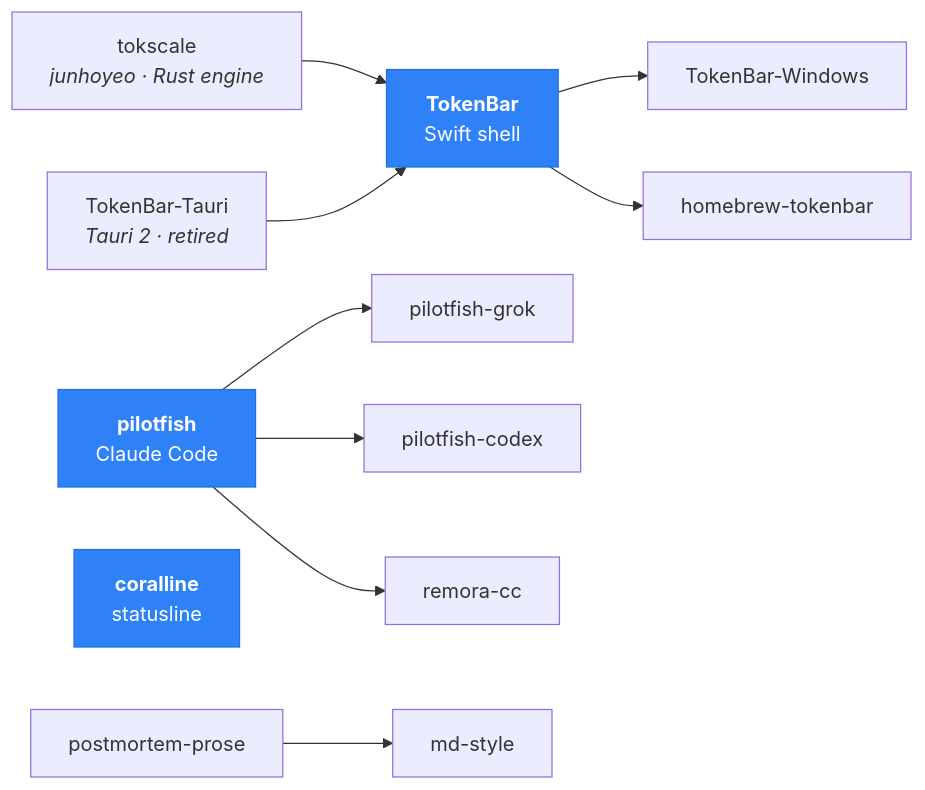
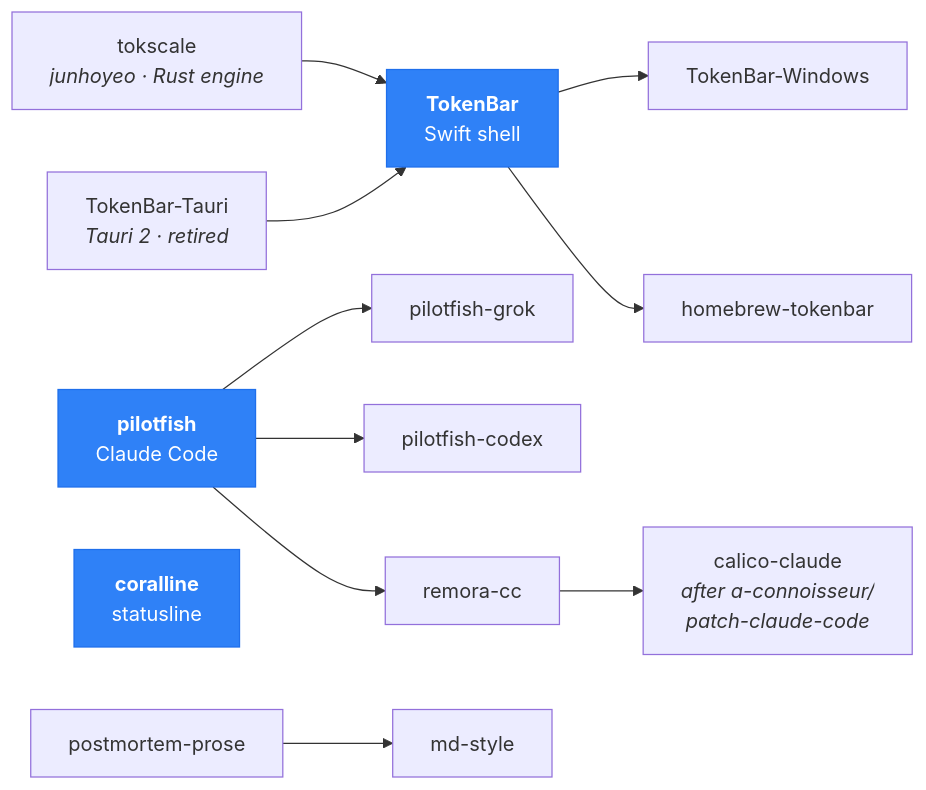
One commit to Nanako0129/Nanako0129 changed the diagram in README.md. Above: the diagram before and after it, drawn with Mermaid. The commit also changed other lines of this file, not shown here.

First line of the commit message:
docs(profile): add calico-claude to the lineage graph

````diff
--- a/README.md
+++ b/README.md
@@ -115,17 +115,18 @@
 ```mermaid
 graph LR
   TS["tokscale<br/><i>junhoyeo · Rust engine</i>"] --> T2
   T1["TokenBar-Tauri<br/><i>Tauri 2 · retired</i>"] --> T2["<b>TokenBar</b><br/>Swift shell"]
   T2 --> T3["TokenBar-Windows"]
   T2 --> T4["homebrew-tokenbar"]
 
   P1["<b>pilotfish</b><br/>Claude Code"] --> P2["pilotfish-grok"]
   P1 --> P3["pilotfish-codex"]
   P1 --> P4["remora-cc"]
+  P4 --> P5["calico-claude<br/><i>after a-connoisseur/<br/>patch-claude-code</i>"]
 
   C1["<b>coralline</b><br/>statusline"]
   W1["postmortem-prose"] --> W2["md-style"]
 
   classDef flagship fill:#2f81f7,stroke:#1f6feb,color:#fff
   class T2,P1,C1 flagship
 ```
````
